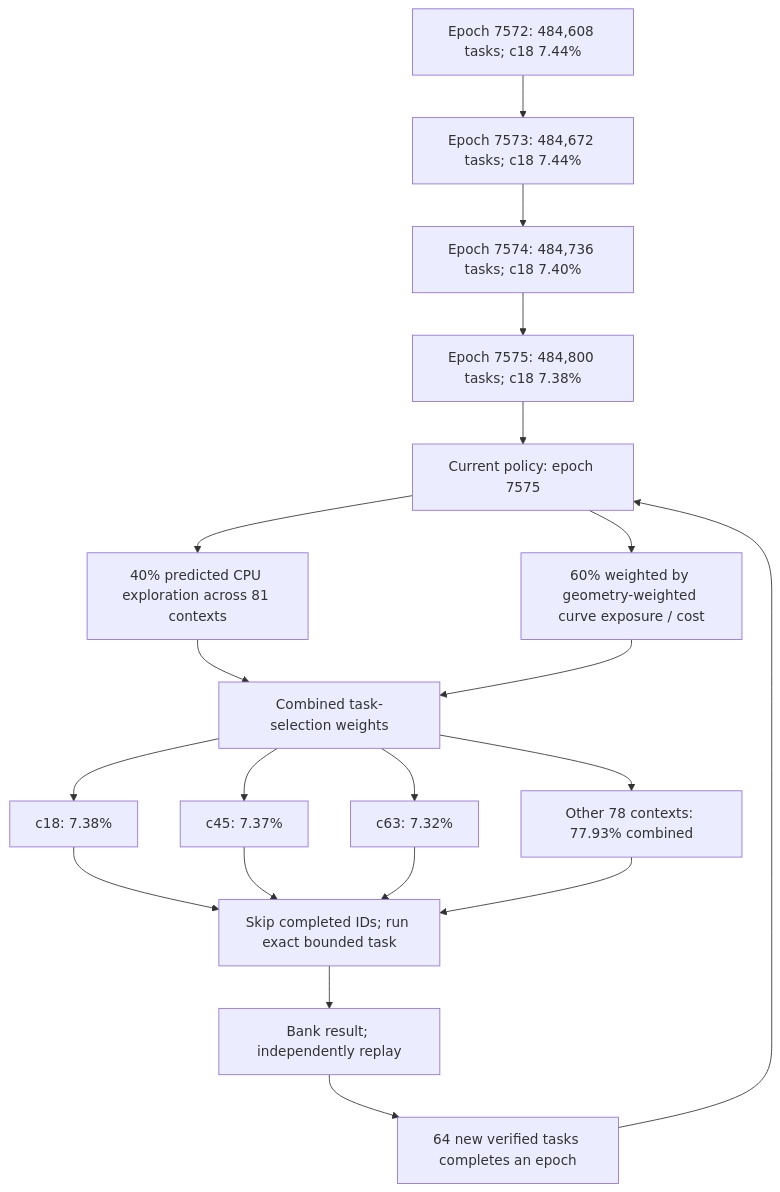
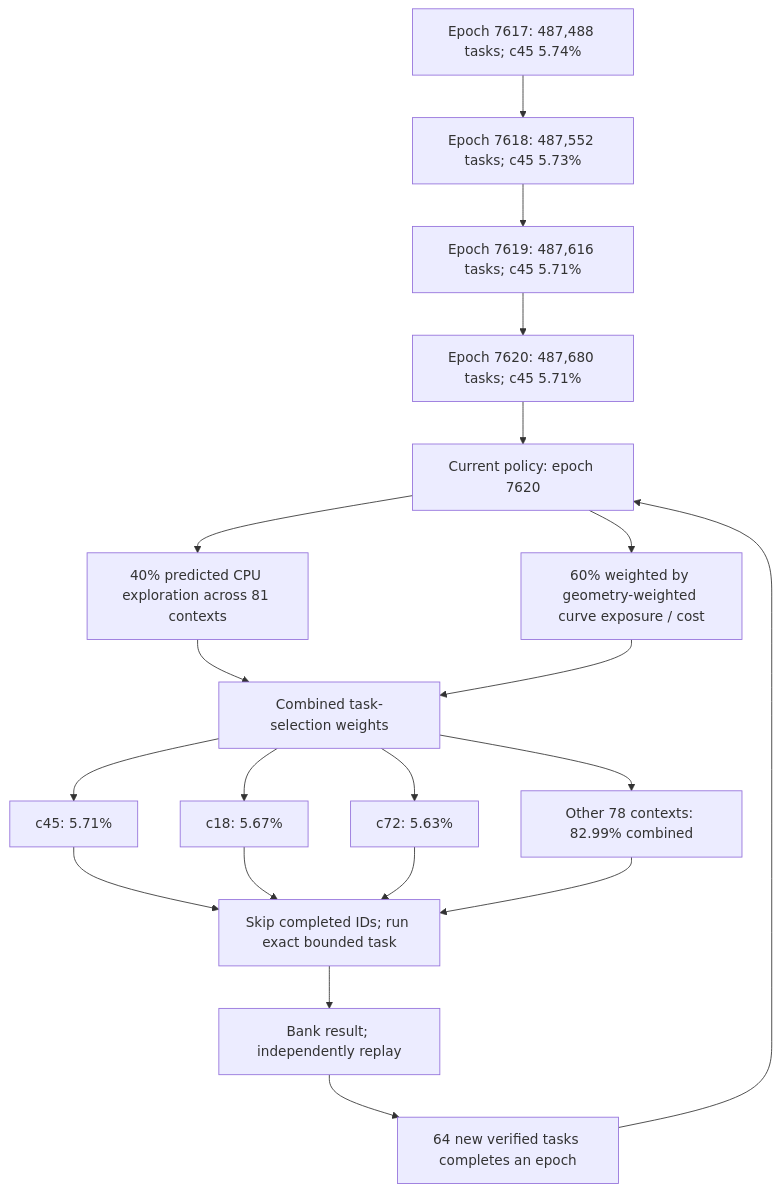
Before and after one commit to Kuberwastaken/math-gambling: the first of 4 diagrams in README.md, drawn with Mermaid. The commit also changed other lines of this file and 5793 other files, not shown here.

````diff
--- a/README.md
+++ b/README.md
@@ -60,27 +60,27 @@
 ```mermaid
 flowchart TD
-    H0["Epoch 7572: 484,608 tasks; c18 7.44%"]
-    H1["Epoch 7573: 484,672 tasks; c18 7.44%"]
+    H0["Epoch 7617: 487,488 tasks; c45 5.74%"]
+    H1["Epoch 7618: 487,552 tasks; c45 5.73%"]
     H0 --> H1
-    H2["Epoch 7574: 484,736 tasks; c18 7.40%"]
+    H2["Epoch 7619: 487,616 tasks; c45 5.71%"]
     H1 --> H2
-    H3["Epoch 7575: 484,800 tasks; c18 7.38%"]
+    H3["Epoch 7620: 487,680 tasks; c45 5.71%"]
     H2 --> H3
-    Policy["Current policy: epoch 7575"]
+    Policy["Current policy: epoch 7620"]
     H3 --> Policy
     Policy --> Explore["40% predicted CPU exploration across 81 contexts"]
     Policy --> Cost["60% weighted by geometry-weighted curve exposure / cost"]
     Explore --> Mix["Combined task-selection weights"]
     Cost --> Mix
-    Mix --> C0["c18: 7.38%"]
-    Mix --> C1["c45: 7.37%"]
-    Mix --> C2["c63: 7.32%"]
-    Mix --> Rest["Other 78 contexts: 77.93% combined"]
+    Mix --> C0["c45: 5.71%"]
+    Mix --> C1["c18: 5.67%"]
+    Mix --> C2["c72: 5.63%"]
+    Mix --> Rest["Other 78 contexts: 82.99% combined"]
     C0 --> Check["Skip completed IDs; run exact bounded task"]
     C1 --> Check
     C2 --> Check
     Rest --> Check
     Check --> Replay["Bank result; independently replay"]
     Replay --> Gate["64 new verified tasks completes an epoch"]
     Gate --> Policy
 ```
````
